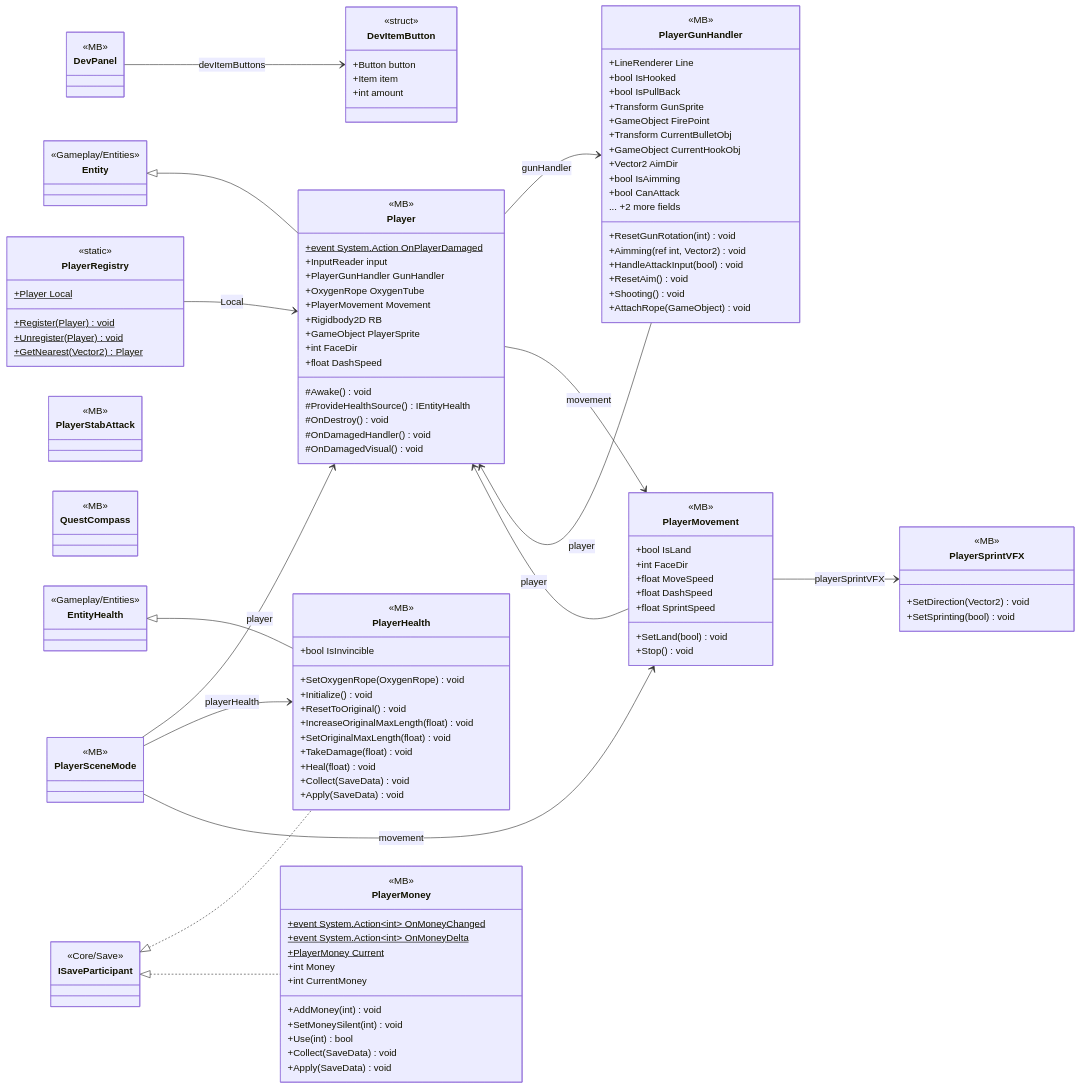
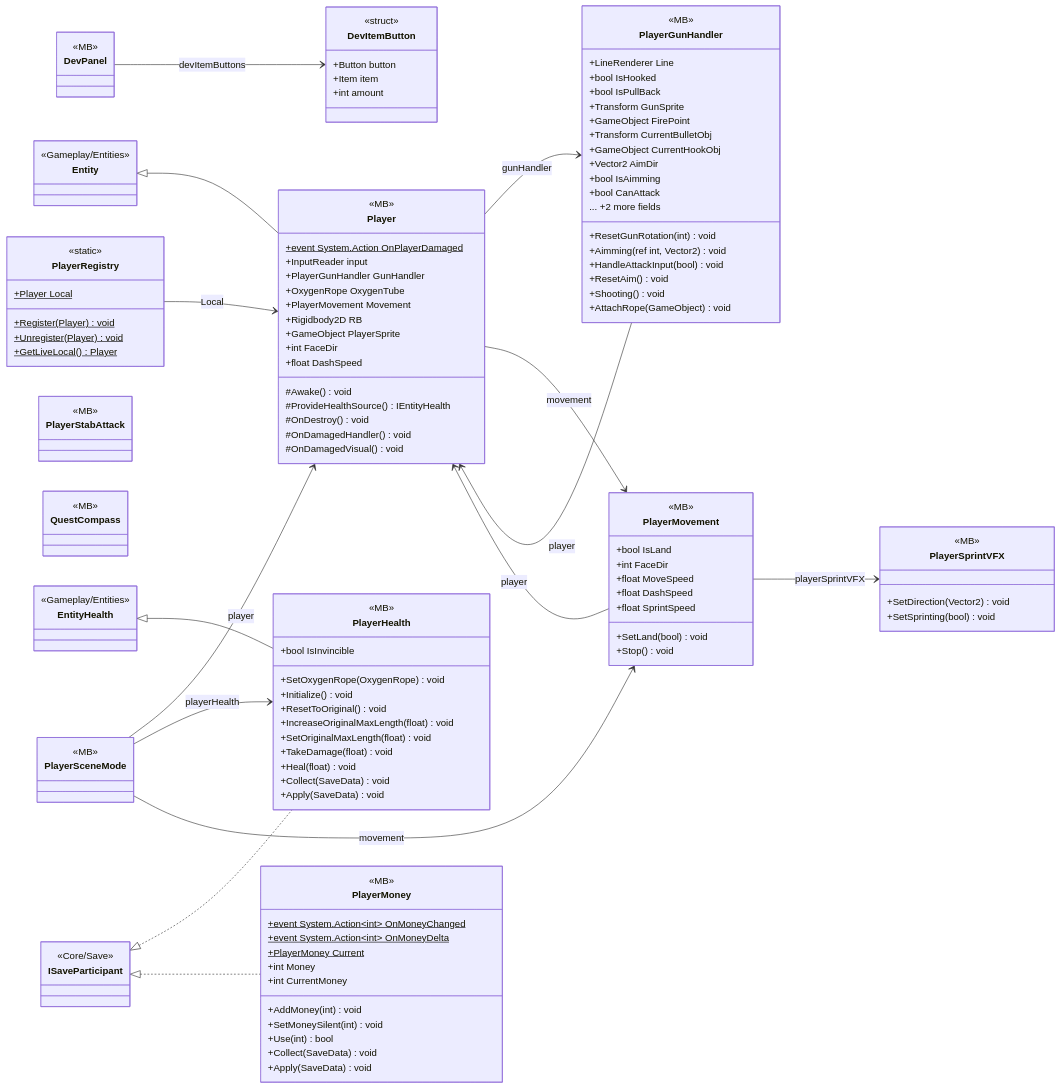
One commit to PhumipatWave/project-ocean changed the diagram in docs/uml/modules/Gameplay_Entities_Players.md. Above: the diagram before and after it, drawn with Mermaid. The commit also changed 55 other files, not shown here.

```diff
--- a/docs/uml/modules/Gameplay_Entities_Players.md
+++ b/docs/uml/modules/Gameplay_Entities_Players.md
@@ -94,7 +94,7 @@
     +Player Local$
     +Register(Player)$ void
     +Unregister(Player)$ void
-    +GetNearest(Vector2)$ Player
+    +GetLiveLocal()$ Player
   }
   class PlayerSceneMode {
     <<MB>>
```
